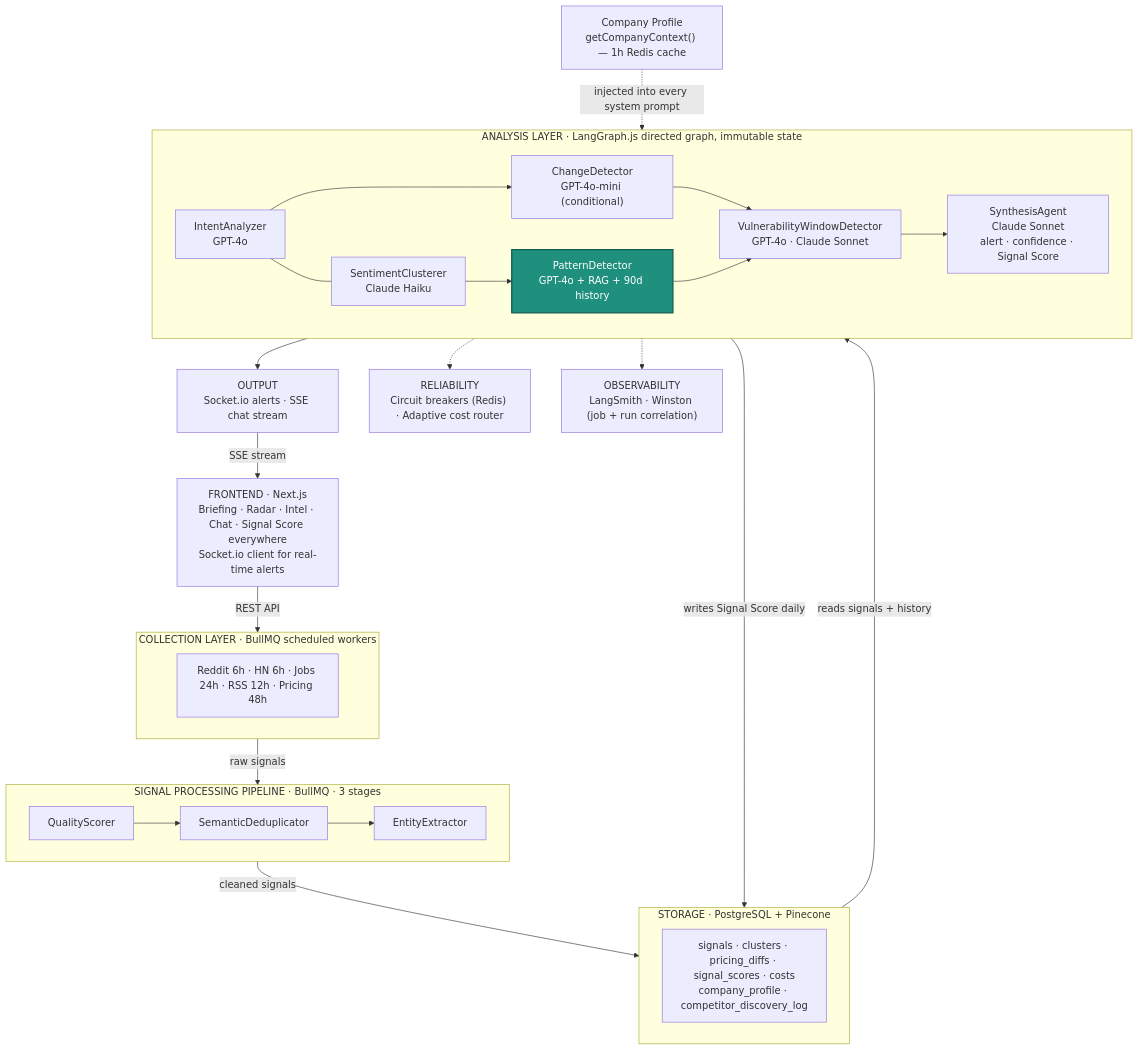
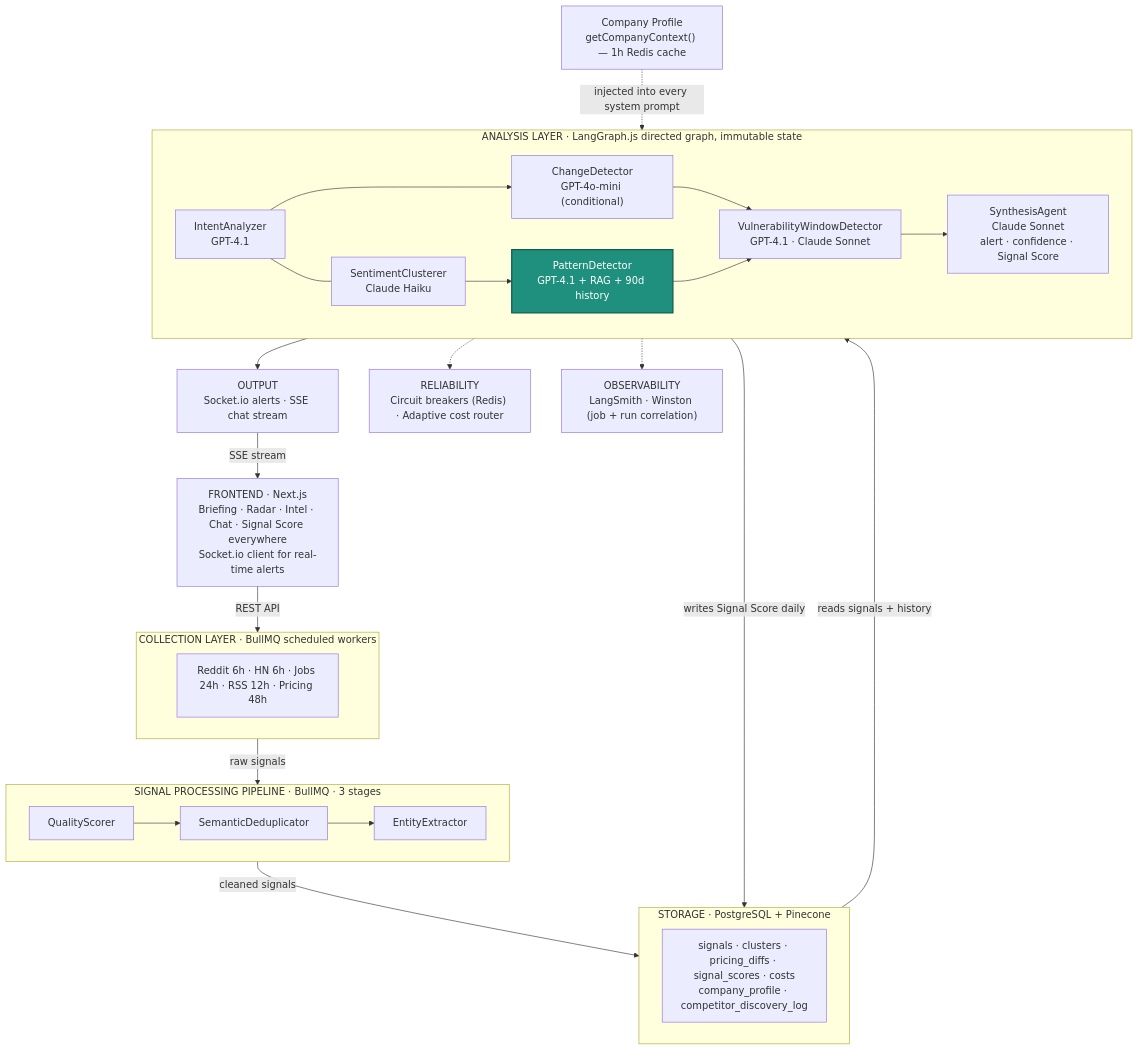
The first of 2 diagrams in README.md (niloy-saha-123/Signal), drawn with Mermaid before and after one commit. The commit also changed other lines of this file and 45 other files, not shown here.

````diff
--- a/README.md
+++ b/README.md
@@ -71,51 +71,51 @@
 ```mermaid
 graph TB
     FE["FRONTEND · Next.js<br/>Briefing · Radar · Intel · Chat · Signal Score everywhere<br/>Socket.io client for real-time alerts"]
 
     subgraph Collection["COLLECTION LAYER · BullMQ scheduled workers"]
         COL["Reddit 6h · HN 6h · Jobs 24h · RSS 12h · Pricing 48h"]
     end
 
     subgraph Pipeline["SIGNAL PROCESSING PIPELINE · BullMQ · 3 stages"]
         QS[QualityScorer] --> SD[SemanticDeduplicator] --> EE[EntityExtractor]
     end
 
     subgraph Storage["STORAGE · PostgreSQL + Pinecone"]
         ST["signals · clusters · pricing_diffs · signal_scores · costs<br/>company_profile · competitor_discovery_log"]
     end
 
     COMPANY["Company Profile<br/>getCompanyContext() — 1h Redis cache"]
 
     subgraph Analysis["ANALYSIS LAYER · LangGraph.js directed graph, immutable state"]
-        IA["IntentAnalyzer<br/>GPT-4o"]
+        IA["IntentAnalyzer<br/>GPT-4.1"]
         SC["SentimentClusterer<br/>Claude Haiku"]
         CD["ChangeDetector<br/>GPT-4o-mini (conditional)"]
-        PD["PatternDetector<br/>GPT-4o + RAG + 90d history"]
-        VW["VulnerabilityWindowDetector<br/>GPT-4o · Claude Sonnet"]
+        PD["PatternDetector<br/>GPT-4.1 + RAG + 90d history"]
+        VW["VulnerabilityWindowDetector<br/>GPT-4.1 · Claude Sonnet"]
         SY["SynthesisAgent<br/>Claude Sonnet<br/>alert · confidence · Signal Score"]
 
         IA --- SC
         IA --> CD
         SC --> PD
         CD --> VW
         PD --> VW
         VW --> SY
     end
 
     OUT["OUTPUT<br/>Socket.io alerts · SSE chat stream"]
     REL["RELIABILITY<br/>Circuit breakers (Redis) · Adaptive cost router"]
     OBS["OBSERVABILITY<br/>LangSmith · Winston (job + run correlation)"]
 
     FE -->|REST API| Collection
     OUT -->|SSE stream| FE
     Collection -->|raw signals| Pipeline
     Pipeline -->|cleaned signals| Storage
     Storage -->|reads signals + history| Analysis
     Analysis -->|writes Signal Score daily| Storage
     Analysis --> OUT
     Analysis -.-> REL
     Analysis -.-> OBS
     COMPANY -.->|injected into every system prompt| Analysis
 
     style PD fill:#1f8f7e,stroke:#0f5c50,stroke-width:2px,color:#fff
 ```
````
